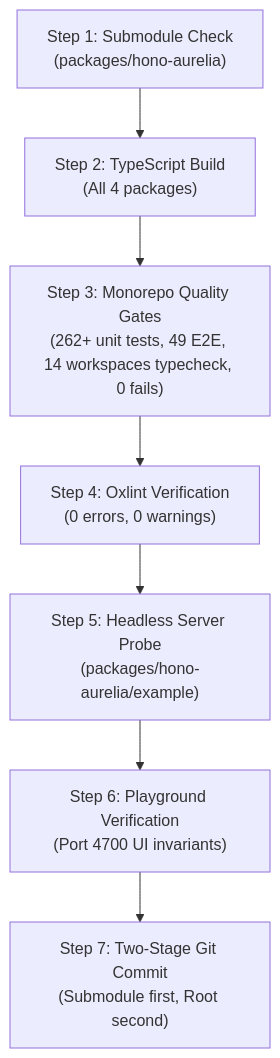
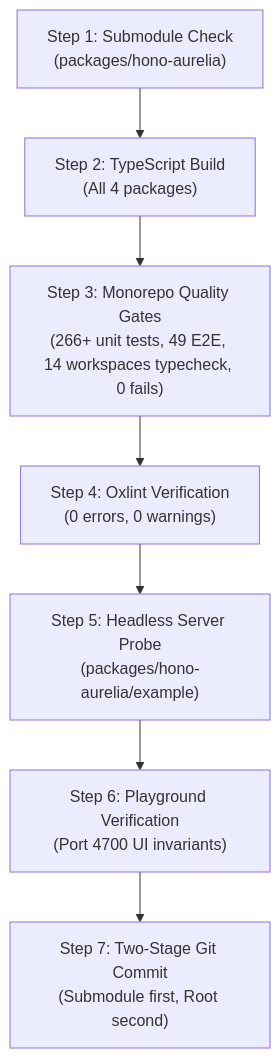
One commit to sandikodev/aureliajs changed the diagram in .agents/skills/aurelia-toolchain-auditor/SKILL.md. Above: the diagram before and after it, drawn with Mermaid. The commit also changed 21 other files, not shown here.

````diff
--- a/.agents/skills/aurelia-toolchain-auditor/SKILL.md
+++ b/.agents/skills/aurelia-toolchain-auditor/SKILL.md
@@ -89,9 +89,9 @@
 ```mermaid
 flowchart TD
     A["Step 1: Submodule Check\n(packages/hono-aurelia)"] --> B["Step 2: TypeScript Build\n(All 4 packages)"]
-    B --> C["Step 3: Monorepo Quality Gates\n(262+ unit tests, 49 E2E, 14 workspaces typecheck, 0 fails)"]
+    B --> C["Step 3: Monorepo Quality Gates\n(266+ unit tests, 49 E2E, 14 workspaces typecheck, 0 fails)"]
     C --> D["Step 4: Oxlint Verification\n(0 errors, 0 warnings)"]
     D --> E["Step 5: Headless Server Probe\n(packages/hono-aurelia/example)"]
     E --> F["Step 6: Playground Verification\n(Port 4700 UI invariants)"]
     F --> G["Step 7: Two-Stage Git Commit\n(Submodule first, Root second)"]
 ```
````
